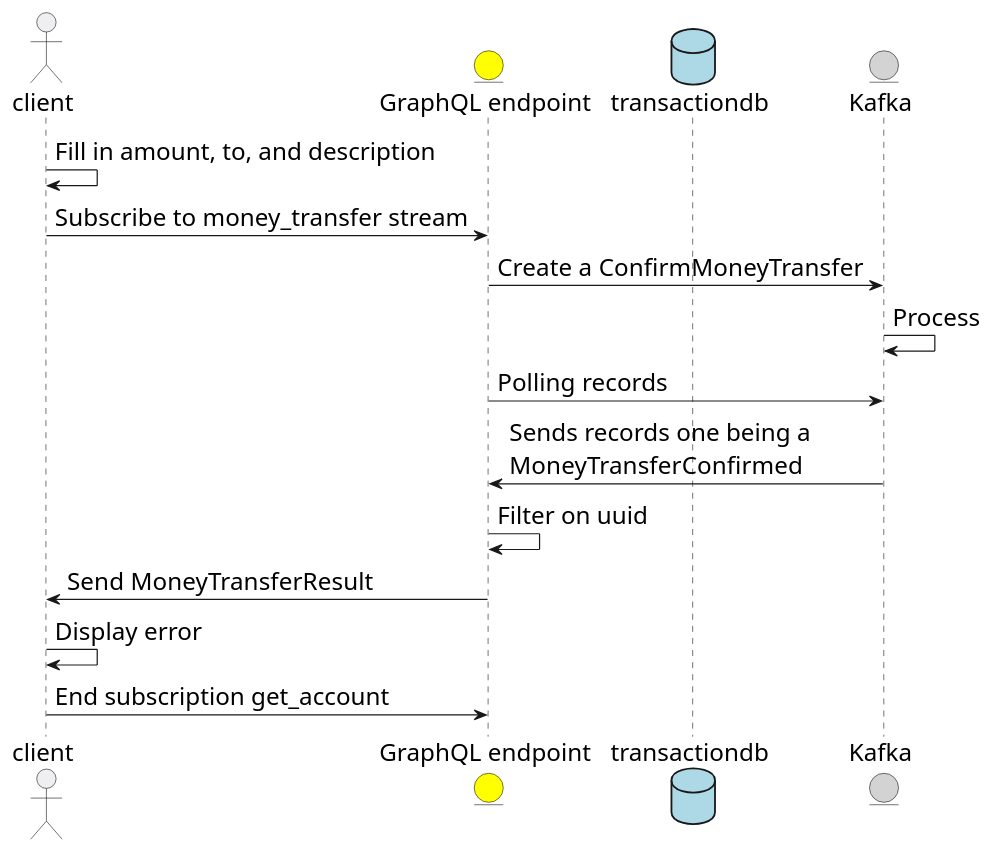
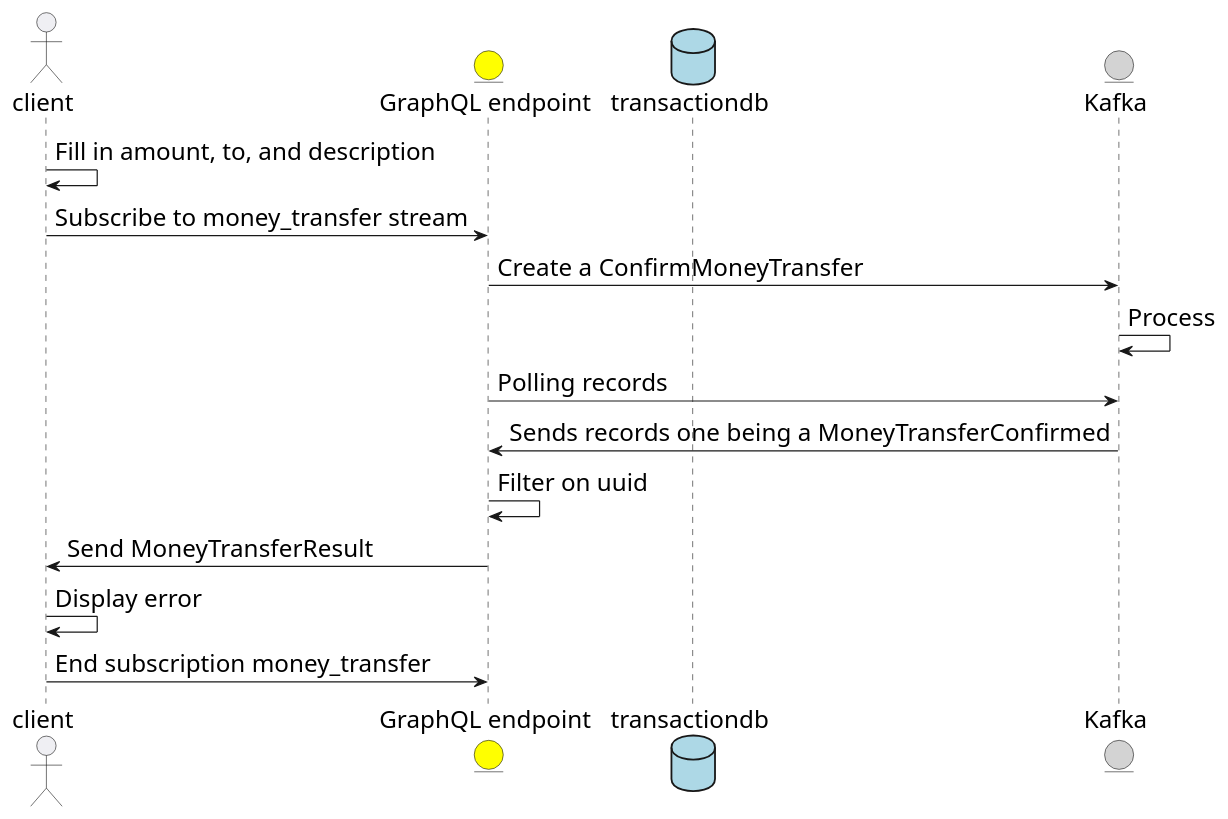
The diagram in resources/transfermoney.puml (openweb-nl/kafka-graphql-examples), drawn with PlantUML before and after one commit. The commit also changed 14 other files, not shown here.

```diff
--- a/resources/transfermoney.puml
+++ b/resources/transfermoney.puml
@@ -1,21 +1,21 @@
 @startuml
 skinparam defaultFontName Arial
 skinparam defaultFontSize 20
 
 actor client as cl #EFEFF3
 entity "GraphQL endpoint" as ge #Yellow
 database transactiondb as pgt #LightBlue
 entity "Kafka" as ka #LightGrey
 
 cl -> cl : Fill in amount, to, and description
 cl -> ge : Subscribe to money_transfer stream
 ge -> ka : Create a ConfirmMoneyTransfer
 ka -> ka : Process
 ge -> ka : Polling records
-ka -> ge : Sends records one being a\nMoneyTransferConfirmed
+ka -> ge : Sends records one being a MoneyTransferConfirmed
 ge -> ge : Filter on uuid
 ge -> cl : Send MoneyTransferResult
 cl -> cl : Display error
-cl -> ge : End subscription get_account
+cl -> ge : End subscription money_transfer
 
 @enduml
```
